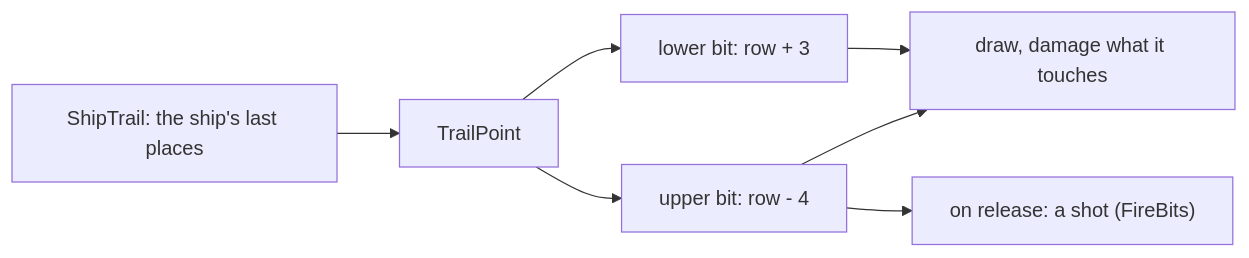
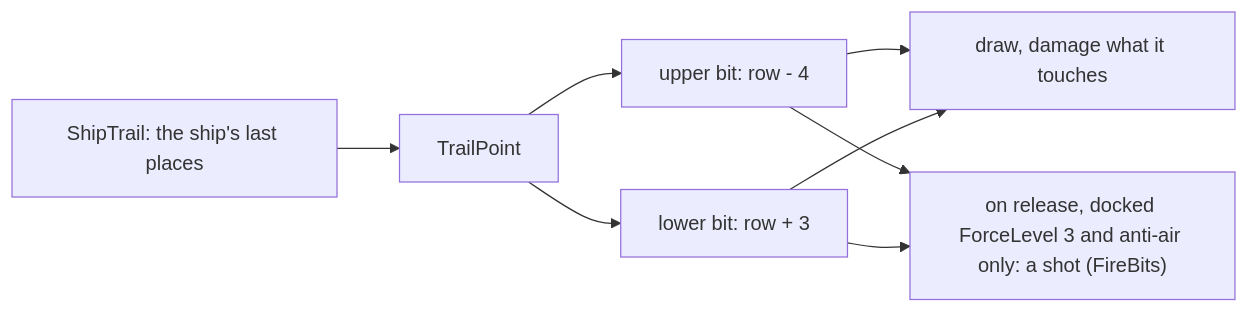
Before and after one commit to alfishe/unrealng-reverse-cases: the seventh of 15 diagrams in games/r-type/docs/10-gameplay-logic.md, drawn with Mermaid. The commit also changed other lines of this file and 31 other files, not shown here.

````diff
--- a/games/r-type/docs/10-gameplay-logic.md
+++ b/games/r-type/docs/10-gameplay-logic.md
@@ -621,9 +629,10 @@
 ```mermaid
 flowchart LR
     T["ShipTrail: the ship's last places"] --> P["TrailPoint"]
     P --> U["upper bit: row - 4"]
     P --> L["lower bit: row + 3"]
     U --> D["draw, damage what it touches"]
     L --> D
-    U --> F["on release: a shot (FireBits)"]
+    U --> F["on release, docked ForceLevel 3 and anti-air only: a shot (FireBits)"]
+    L --> F
 ```
````
